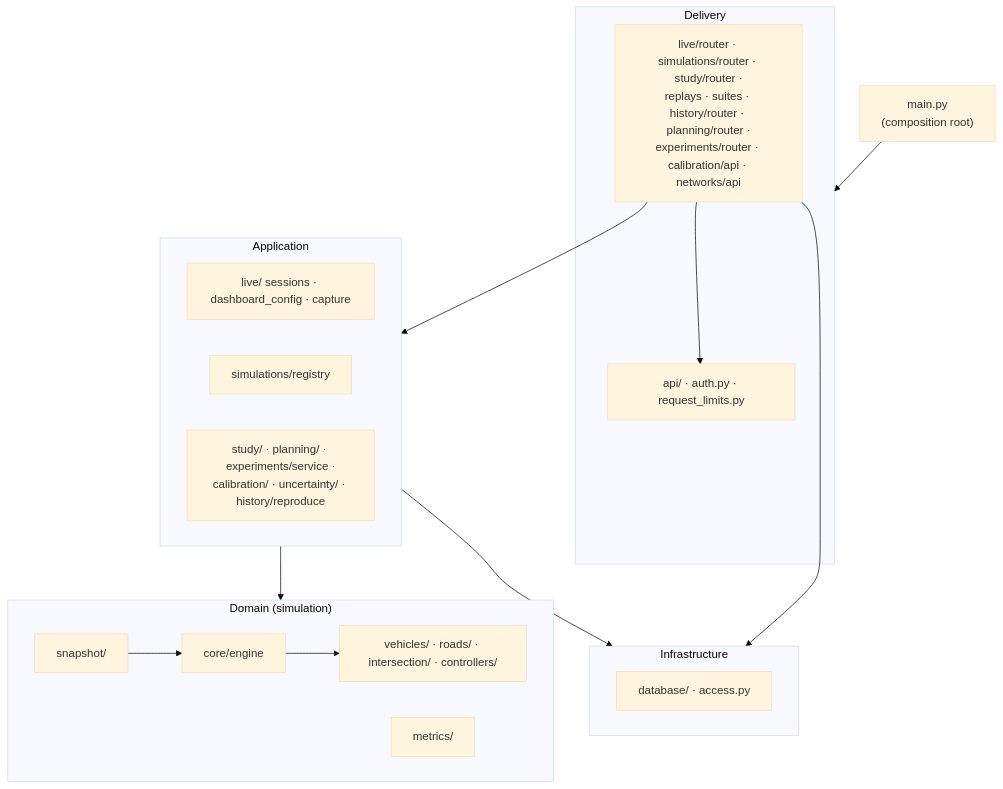
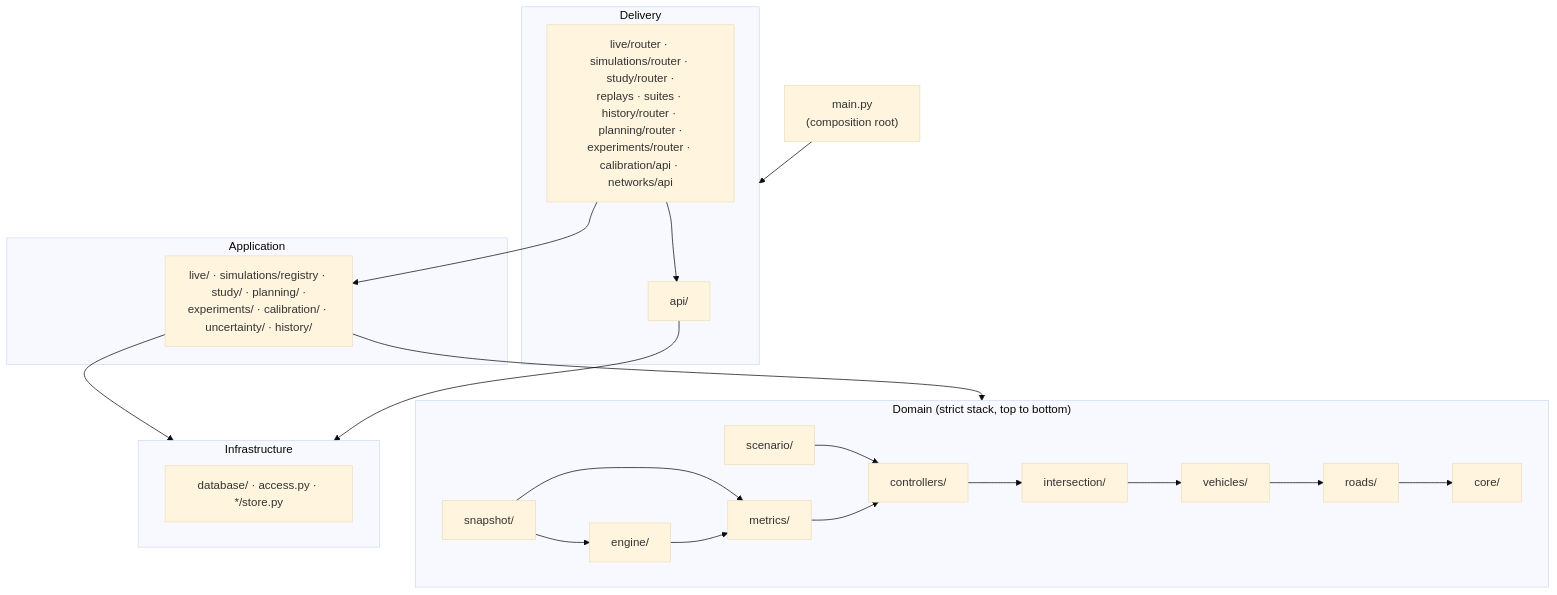
One commit to Viraj281105/Traffic-Simulation changed the first of 3 diagrams in docs/architecture/02-backend-architecture.md. Above: the diagram before and after it, drawn with Mermaid (base theme). The commit also changed other lines of this file and 179 other files, not shown here.

````diff
--- a/docs/architecture/02-backend-architecture.md
+++ b/docs/architecture/02-backend-architecture.md
@@ -79,26 +78,30 @@
 ```mermaid
 flowchart TB
     MAIN["main.py<br/>(composition root)"] --> DEL
     subgraph DEL["Delivery"]
-        API["api/ · auth.py · request_limits.py"]
+        API["api/"]
         ROUTERS["live/router · simulations/router · study/router ·<br/>replays · suites · history/router · planning/router ·<br/>experiments/router · calibration/api · networks/api"]
     end
     subgraph APP["Application"]
-        LIVE["live/ sessions · dashboard_config · capture"]
-        REG["simulations/registry"]
-        STUDY["study/ · planning/ · experiments/service ·<br/>calibration/ · uncertainty/ · history/reproduce"]
+        USE["live/ · simulations/registry · study/ · planning/ ·<br/>experiments/ · calibration/ · uncertainty/ · history/"]
     end
-    subgraph DOM["Domain (simulation)"]
-        SNAP["snapshot/"] --> CORE["core/engine"]
-        CORE --> VEH["vehicles/ · roads/ · intersection/ · controllers/"]
-        MET["metrics/"]
+    subgraph DOM["Domain (strict stack, top to bottom)"]
+        SNAP["snapshot/"] --> ENG["engine/"]
+        SNAP --> MET
+        ENG --> MET["metrics/"]
+        SCN["scenario/"] --> CTRL
+        MET --> CTRL["controllers/"]
+        CTRL --> INT["intersection/"]
+        INT --> VEH["vehicles/"]
+        VEH --> ROADS["roads/"]
+        ROADS --> CORE["core/"]
     end
     subgraph INF["Infrastructure"]
-        DB["database/ · access.py"]
+        DB["database/ · access.py · */store.py"]
     end
     ROUTERS --> API
-    ROUTERS --> APP
-    APP --> DOM
-    APP --> INF
-    ROUTERS --> INF
+    ROUTERS --> USE
+    USE --> DOM
+    USE --> INF
+    API --> INF
 ```
````
